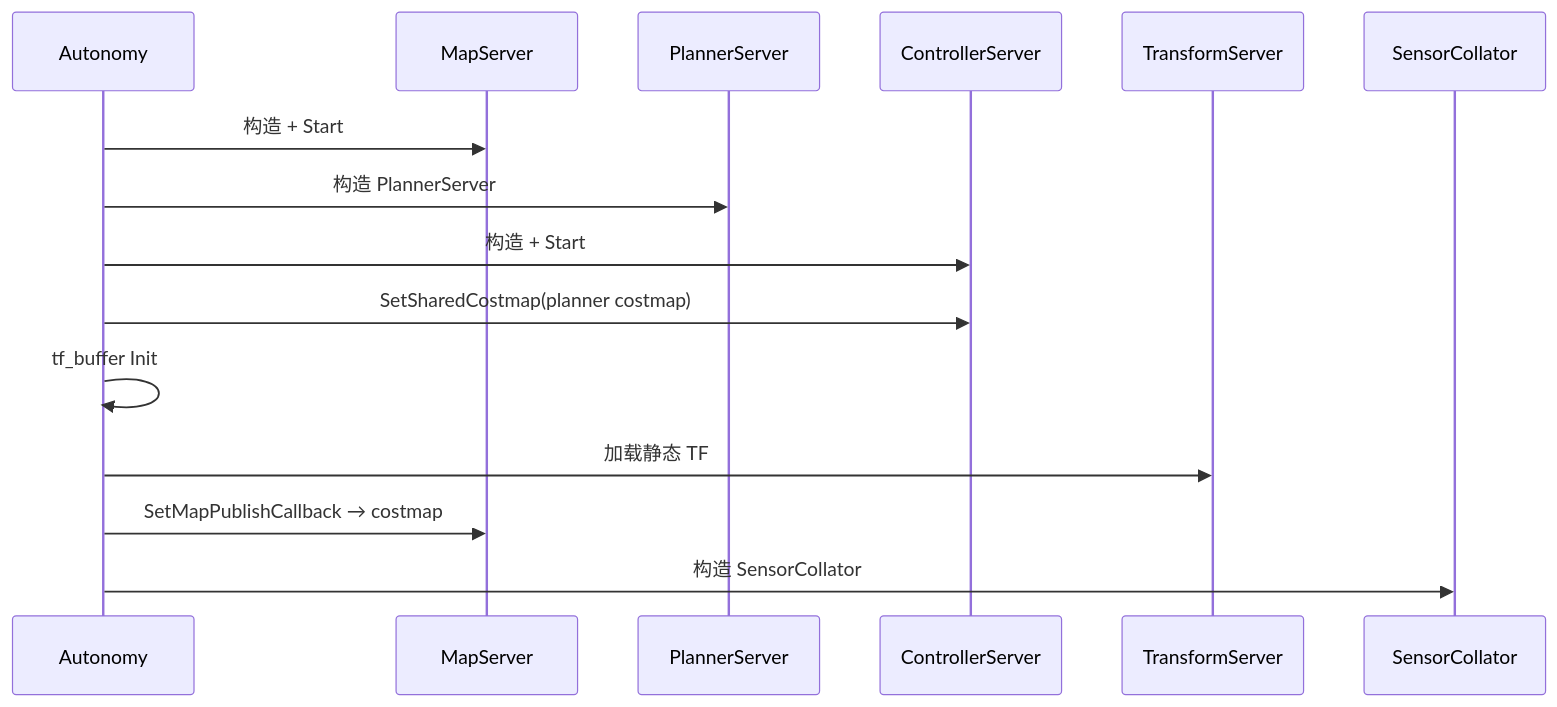
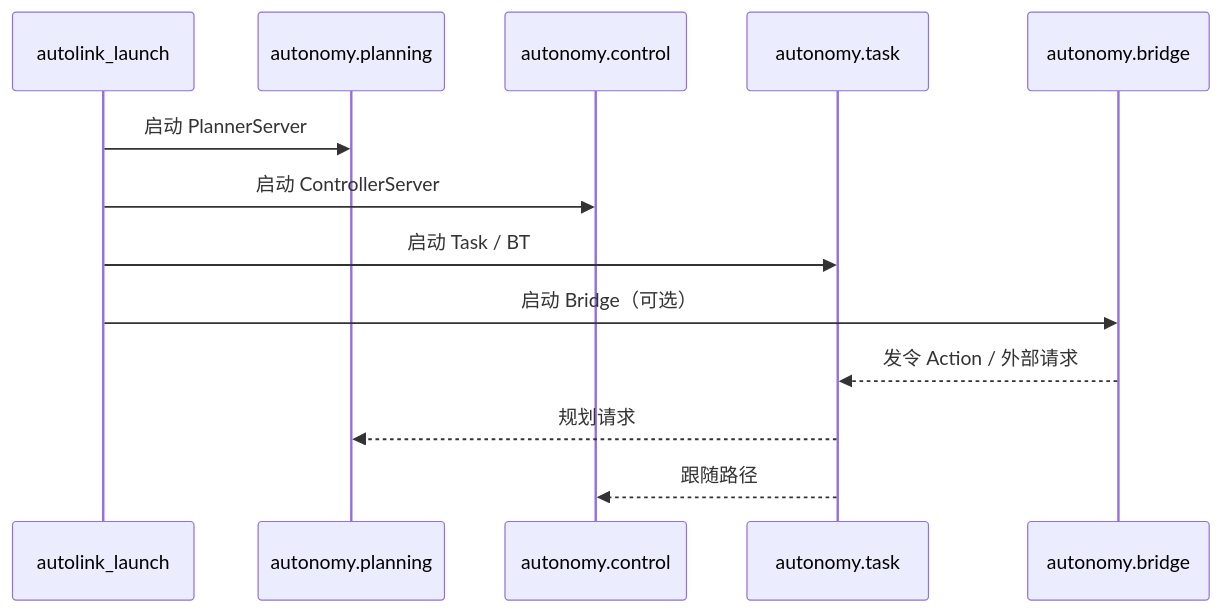
The diagram in docs/source/05_Framework/03_architecture.md (quandy2020/autonomy), drawn with Mermaid before and after one commit. The commit also changed other lines of this file and 590 other files, not shown here.

````diff
--- a/docs/source/05_Framework/03_architecture.md
+++ b/docs/source/05_Framework/03_architecture.md
@@ -86,18 +86,16 @@
 ```mermaid
 sequenceDiagram
-    participant A as Autonomy
-    participant M as MapServer
-    participant P as PlannerServer
-    participant C as ControllerServer
-    participant T as TransformServer
-    participant S as SensorCollator
+    participant L as autolink_launch
+    participant P as autonomy.planning
+    participant C as autonomy.control
+    participant T as autonomy.task
+    participant B as autonomy.bridge
 
-    A->>M: 构造 + Start
-    A->>P: 构造 PlannerServer
-    A->>C: 构造 + Start
-    A->>C: SetSharedCostmap(planner costmap)
-    A->>A: tf_buffer Init
-    A->>T: 加载静态 TF
-    A->>M: SetMapPublishCallback → costmap
-    A->>S: 构造 SensorCollator
+    L->>P: 启动 PlannerServer
+    L->>C: 启动 ControllerServer
+    L->>T: 启动 Task / BT
+    L->>B: 启动 Bridge（可选）
+    B-->>T: 发令 Action / 外部请求
+    T-->>P: 规划请求
+    T-->>C: 跟随路径
 ```
````
